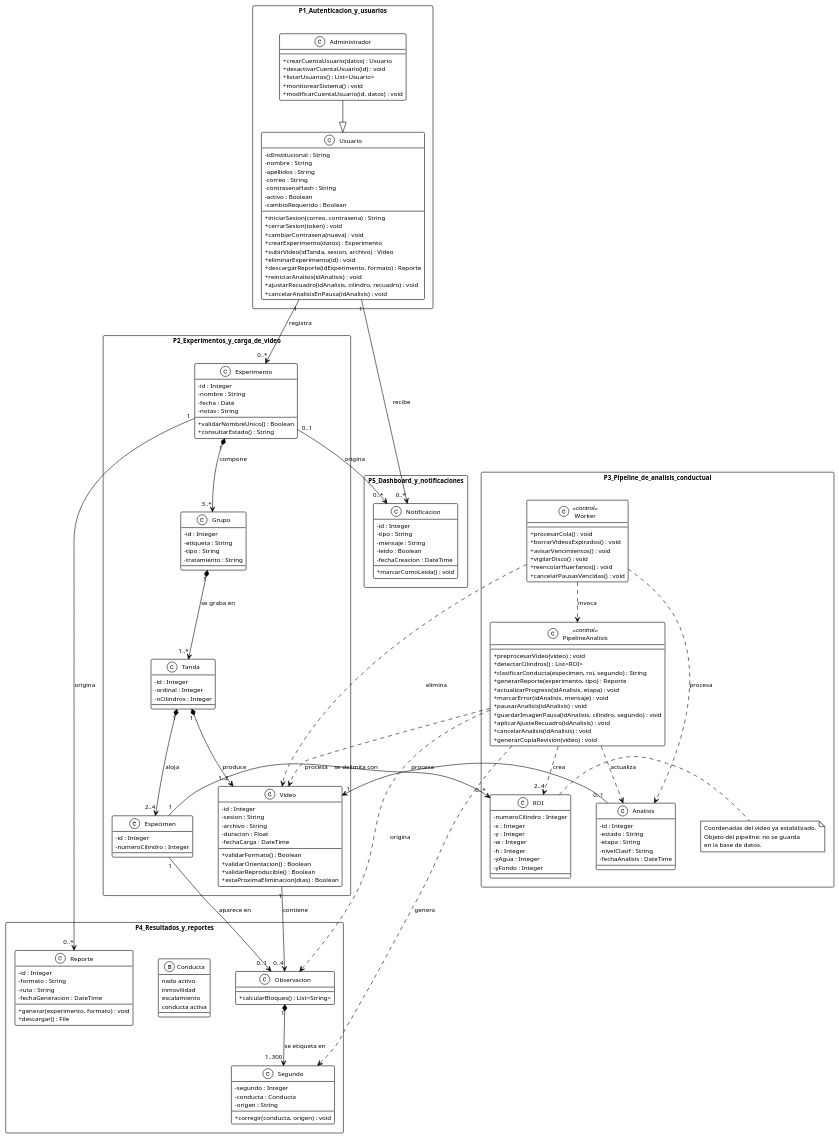
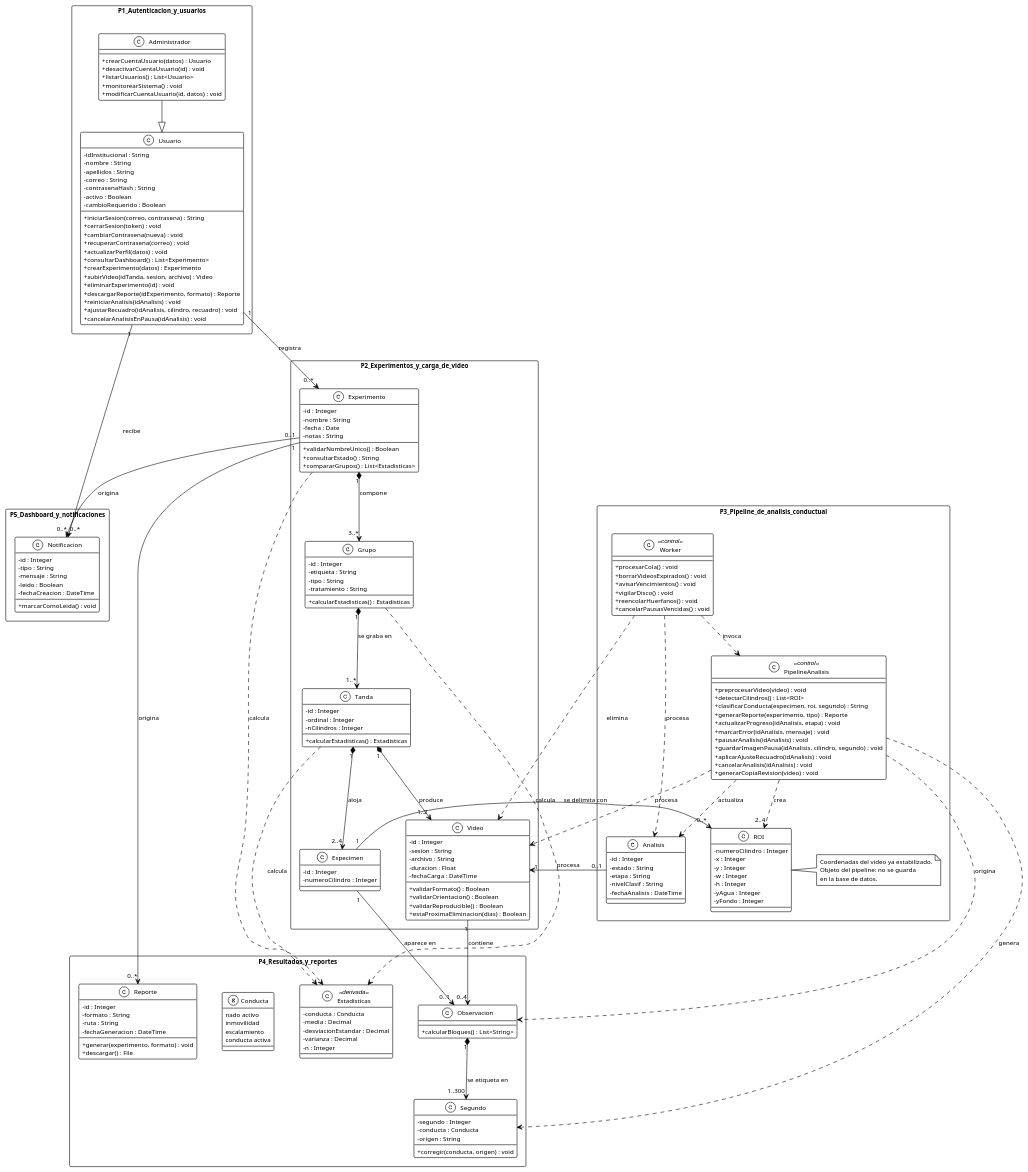
The diagram in diagramas/guia_web/clases.puml (ErickJester/fst-ai-system-latex), drawn with PlantUML before and after one commit. The commit also changed 30 other files, not shown here.

```diff
--- a/diagramas/guia_web/clases.puml
+++ b/diagramas/guia_web/clases.puml
@@ -20,6 +20,9 @@
     +iniciarSesion(correo, contrasena) : String
     +cerrarSesion(token) : void
     +cambiarContrasena(nueva) : void
+    +recuperarContrasena(correo) : void
+    +actualizarPerfil(datos) : void
+    +consultarDashboard() : List<Experimento>
     +crearExperimento(datos) : Experimento
     +subirVideo(idTanda, sesion, archivo) : Video
     +eliminarExperimento(id) : void
@@ -45,17 +48,20 @@
     -notas : String
     +validarNombreUnico() : Boolean
     +consultarEstado() : String
+    +compararGrupos() : List<Estadisticas>
   }
   class Grupo {
     -id : Integer
     -etiqueta : String
     -tipo : String
     -tratamiento : String
+    +calcularEstadisticas() : Estadisticas
   }
   class Tanda {
     -id : Integer
     -ordinal : Integer
     -nCilindros : Integer
+    +calcularEstadisticas() : Estadisticas
   }
   class Especimen {
     -id : Integer
@@ -120,6 +126,13 @@
 }
 
 package P4_Resultados_y_reportes {
+  class Estadisticas <<derivada>> {
+    -conducta : Conducta
+    -media : Decimal
+    -desviacionEstandar : Decimal
+    -varianza : Decimal
+    -n : Integer
+  }
   class Observacion {
     +calcularBloques() : List<String>
   }
@@ -182,5 +195,8 @@
 Observacion "1" *--> "1..300" Segundo  : "se etiqueta en"
 
 Experimento "1"    --> "0..*" Reporte      : origina
+Experimento ..> Estadisticas : calcula
+Grupo       ..> Estadisticas : calcula
+Tanda       ..> Estadisticas : calcula
 Experimento "0..1" --> "0..*" Notificacion : origina
 @enduml
```
